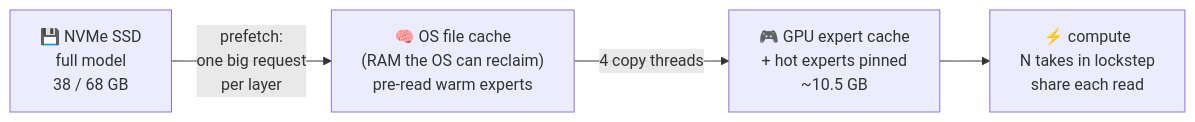
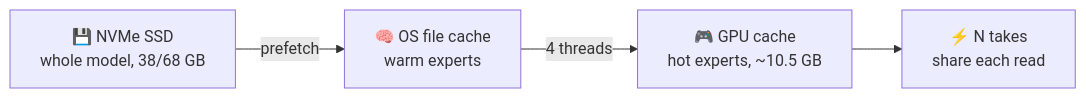
One commit to SauloEdu/bigger-than-vram changed the first of 2 diagrams in README.md. Above: the diagram before and after it, drawn with Mermaid. The commit also changed other lines of this file and 1 other file, not shown here.

Commit message:
docs: rótulos curtos no gráfico e no diagrama do README

````diff
--- a/README.md
+++ b/README.md
@@ -83,6 +83,6 @@
 ```mermaid
 flowchart LR
-    SSD["💾 NVMe SSD<br/>full model<br/>38 / 68 GB"] -->|"prefetch:<br/>one big request<br/>per layer"| RAM["🧠 OS file cache<br/>(RAM the OS can reclaim)<br/>pre-read warm experts"]
-    RAM -->|"4 copy threads"| VRAM["🎮 GPU expert cache<br/>+ hot experts pinned<br/>~10.5 GB"]
-    VRAM --> GPU["⚡ compute<br/>N takes in lockstep<br/>share each read"]
+    SSD["💾 NVMe SSD<br/>whole model, 38/68 GB"] -->|prefetch| RAM["🧠 OS file cache<br/>warm experts"]
+    RAM -->|4 threads| VRAM["🎮 GPU cache<br/>hot experts, ~10.5 GB"]
+    VRAM --> GPU["⚡ N takes<br/>share each read"]
 ```
````
